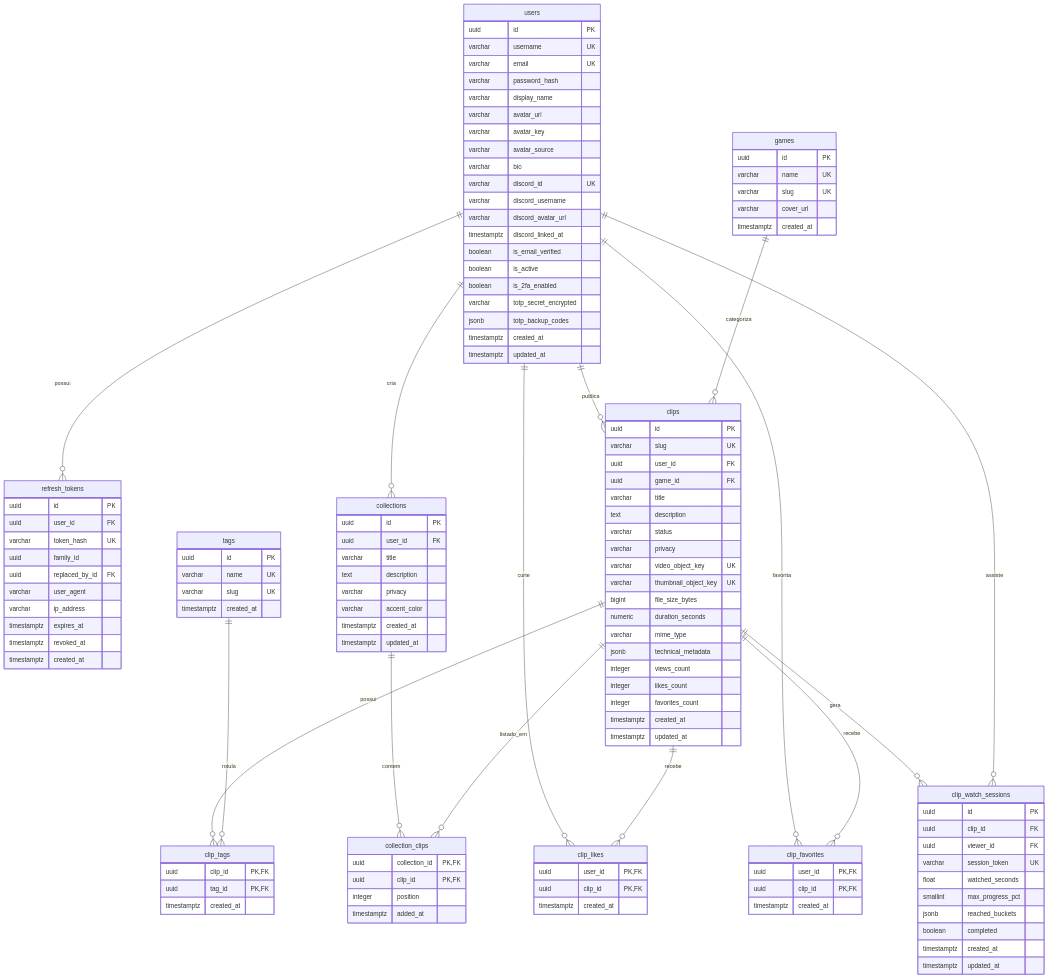
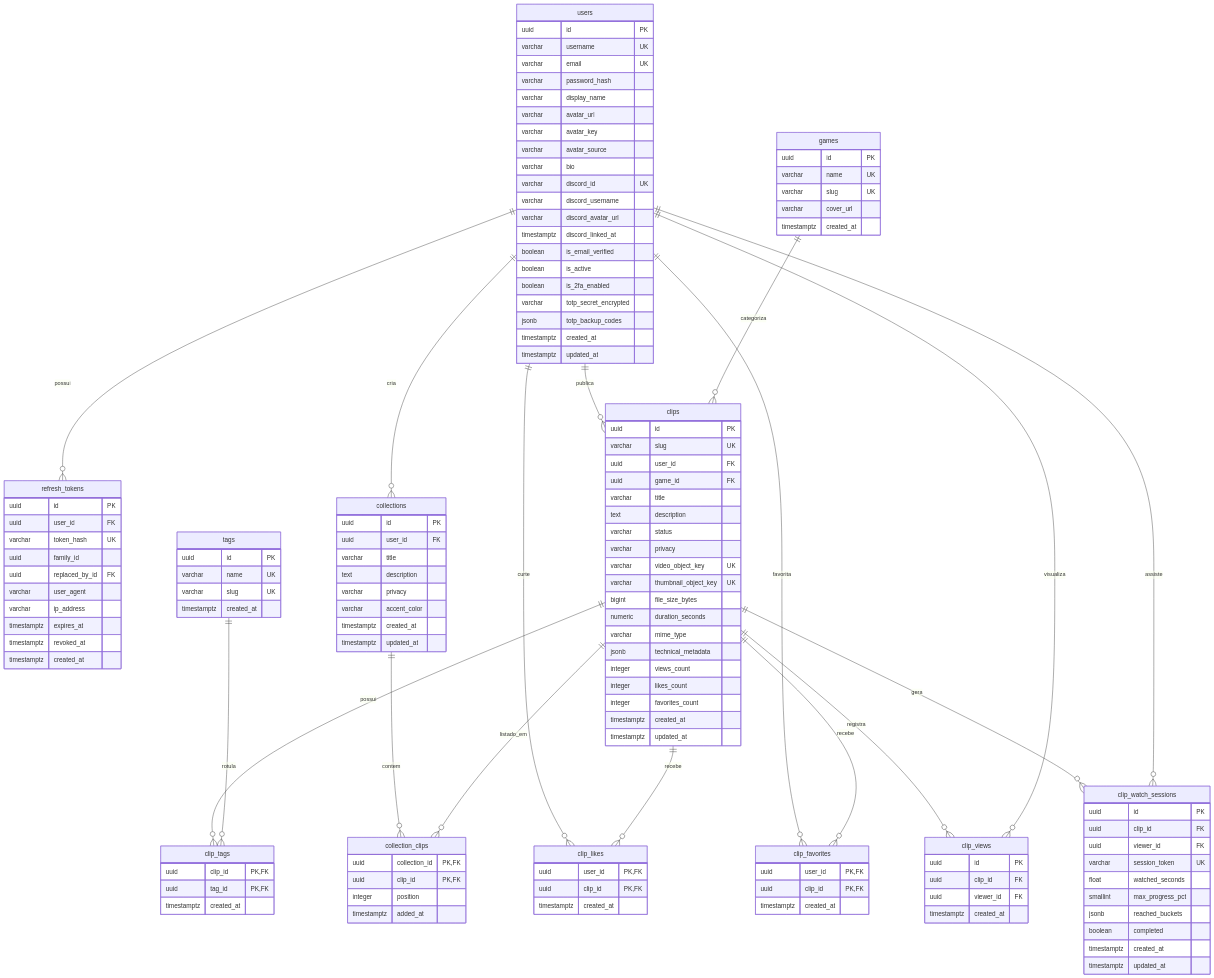
Before and after one commit to Davi-PF/clipai-api: the diagram in docs/DATABASE.md, drawn with Mermaid. The commit also changed other lines of this file and 1 other file, not shown here.

Commit message:
docs(api): document clip_views table, period filter and highlight flag

```diff
--- a/docs/DATABASE.md
+++ b/docs/DATABASE.md
@@ -32,6 +32,8 @@
 
     clips ||--o{ clip_likes : "recebe"
     clips ||--o{ clip_favorites : "recebe"
+    clips ||--o{ clip_views : "registra"
+    users ||--o{ clip_views : "visualiza"
     clips ||--o{ clip_watch_sessions : "gera"
     users ||--o{ clip_watch_sessions : "assiste"
 
@@ -144,6 +146,13 @@
         timestamptz created_at
     }
 
+    clip_views {
+        uuid id PK
+        uuid clip_id FK
+        uuid viewer_id FK
+        timestamptz created_at
+    }
+
     clip_watch_sessions {
         uuid id PK
         uuid clip_id FK
```
